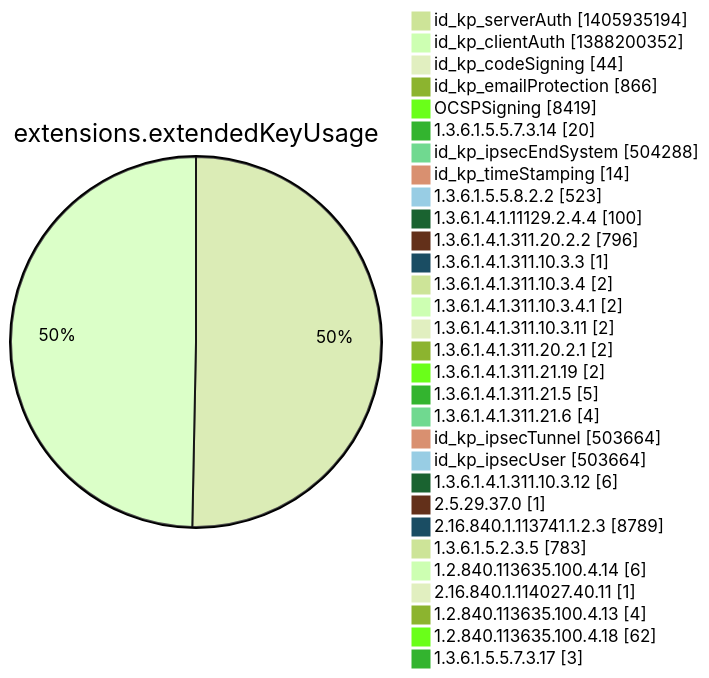
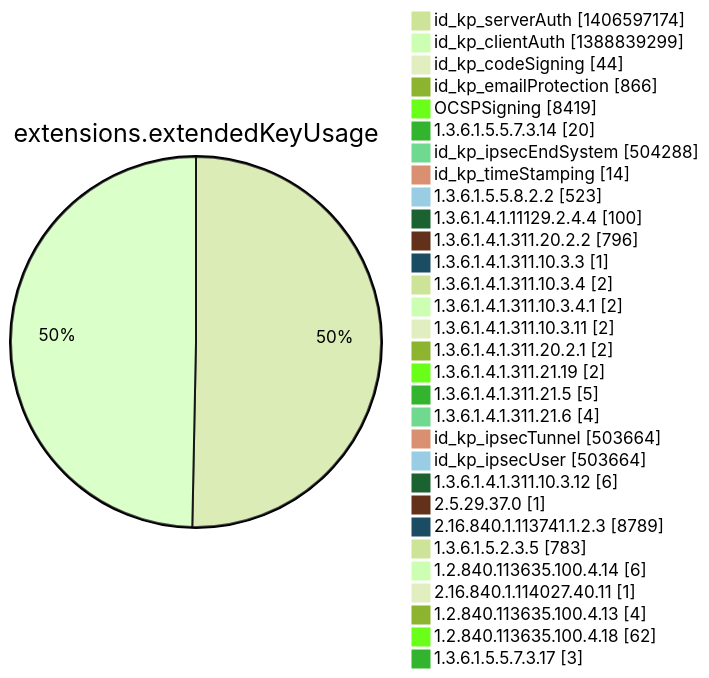
Before and after one commit to christiankrug/ctmonitor_visualization: diagram 12 of 15 in argon2022/README.md, drawn with Mermaid (forest theme). The commit also changed other lines of this file, not shown here.

````diff
--- a/argon2022/README.md
+++ b/argon2022/README.md
@@ -3554,34 +3554,34 @@
 ```mermaid
 pie showData
 title extensions.extendedKeyUsage
-"id_kp_serverAuth" :1405935194
-"id_kp_clientAuth" :1388200352
+"id_kp_serverAuth" :1406597174
+"id_kp_clientAuth" :1388839299
 "id_kp_codeSigning" :44
 "id_kp_emailProtection" :866
 "OCSPSigning" :8419
 "1.3.6.1.5.5.7.3.14" :20
 "id_kp_ipsecEndSystem" :504288
 "id_kp_timeStamping" :14
 "1.3.6.1.5.5.8.2.2" :523
 "1.3.6.1.4.1.11129.2.4.4" :100
 "1.3.6.1.4.1.311.20.2.2" :796
 "1.3.6.1.4.1.311.10.3.3" :1
 "1.3.6.1.4.1.311.10.3.4" :2
 "1.3.6.1.4.1.311.10.3.4.1" :2
 "1.3.6.1.4.1.311.10.3.11" :2
 "1.3.6.1.4.1.311.20.2.1" :2
 "1.3.6.1.4.1.311.21.19" :2
 "1.3.6.1.4.1.311.21.5" :5
 "1.3.6.1.4.1.311.21.6" :4
 "id_kp_ipsecTunnel" :503664
 "id_kp_ipsecUser" :503664
 "1.3.6.1.4.1.311.10.3.12" :6
 "2.5.29.37.0" :1
 "2.16.840.1.113741.1.2.3" :8789
 "1.3.6.1.5.2.3.5" :783
 "1.2.840.113635.100.4.14" :6
 "2.16.840.1.114027.40.11" :1
 "1.2.840.113635.100.4.13" :4
 "1.2.840.113635.100.4.18" :62
 "1.3.6.1.5.5.7.3.17" :3
 ```
````
